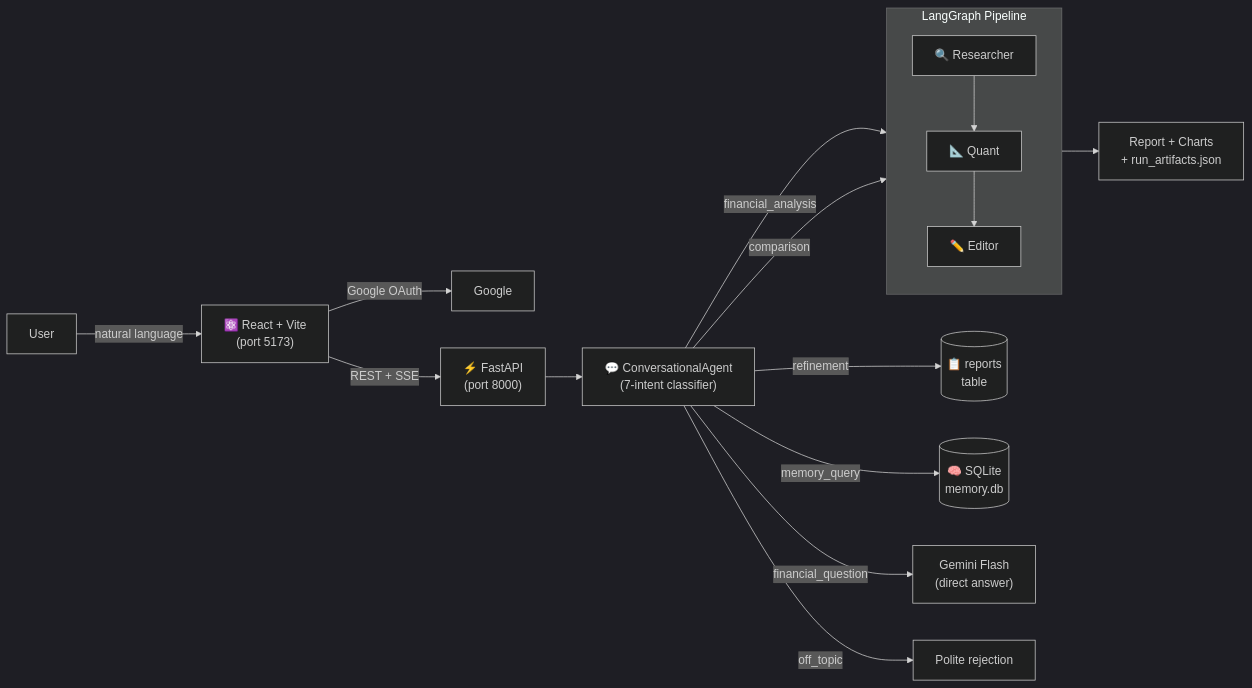
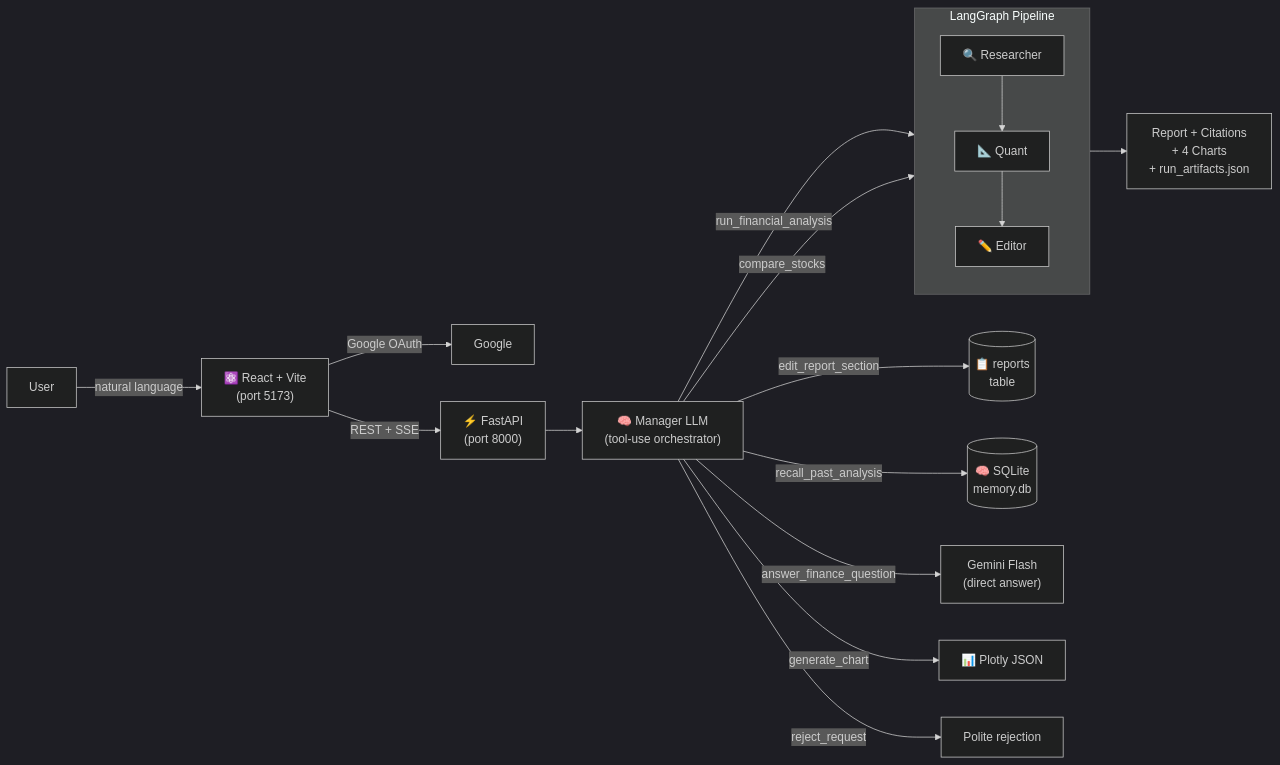
Before and after one commit to MTawhid7/ai-financial-analysis-agent: the diagram in README.md, drawn with Mermaid (dark theme). The commit also changed other lines of this file and 21 other files, not shown here.

````diff
--- a/README.md
+++ b/README.md
@@ -33,20 +34,21 @@
 ```mermaid
 flowchart LR
     User -->|natural language| React["⚛️ React + Vite\n(port 5173)"]
     React -->|Google OAuth| Google[Google]
     React -->|REST + SSE| API["⚡ FastAPI\n(port 8000)"]
-    API --> CA["💬 ConversationalAgent\n(7-intent classifier)"]
+    API --> MGR["🧠 Manager LLM\n(tool-use orchestrator)"]
 
-    CA -->|financial_analysis| Pipeline
-    CA -->|comparison| Pipeline
-    CA -->|refinement| DB2[("📋 reports\ntable")]
-    CA -->|memory_query| DB[("🧠 SQLite\nmemory.db")]
-    CA -->|financial_question| LLM["Gemini Flash\n(direct answer)"]
-    CA -->|off_topic| Reject["Polite rejection"]
+    MGR -->|run_financial_analysis| Pipeline
+    MGR -->|compare_stocks| Pipeline
+    MGR -->|edit_report_section| DB2[("📋 reports\ntable")]
+    MGR -->|recall_past_analysis| DB[("🧠 SQLite\nmemory.db")]
+    MGR -->|answer_finance_question| LLM["Gemini Flash\n(direct answer)"]
+    MGR -->|generate_chart| Charts["📊 Plotly JSON"]
+    MGR -->|reject_request| Reject["Polite rejection"]
 
     subgraph Pipeline ["LangGraph Pipeline"]
         R["🔍 Researcher"] --> Q["📐 Quant"] --> E["✏️ Editor"]
     end
 
-    Pipeline --> Report["Report + Charts\n+ run_artifacts.json"]
+    Pipeline --> Report["Report + Citations\n+ 4 Charts\n+ run_artifacts.json"]
 ```
````
